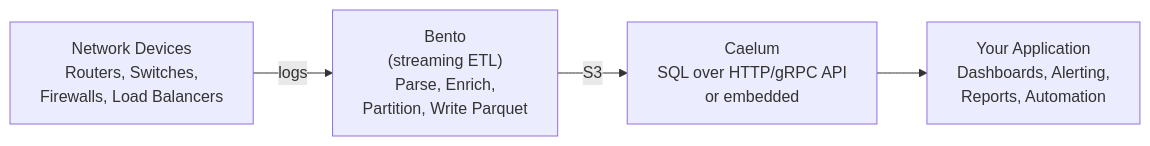
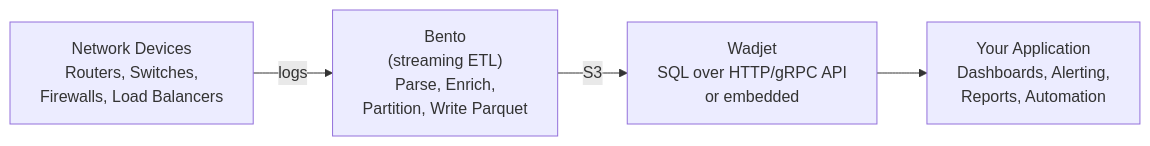
Before and after one commit to derekmwright/wadjet: the diagram in docs/README.md, drawn with Mermaid. The commit also changed other lines of this file and 155 other files, not shown here.

First line of the commit message:
chore: rename project from caelum to wadjet under citc-tech

````diff
--- a/docs/README.md
+++ b/docs/README.md
@@ -26,6 +26,6 @@
 ```mermaid
 graph LR
     A["Network Devices<br/>Routers, Switches,<br/>Firewalls, Load Balancers"] -- logs --> B["Bento<br/>(streaming ETL)<br/>Parse, Enrich,<br/>Partition, Write Parquet"]
-    B -- S3 --> C["Caelum<br/>SQL over HTTP/gRPC API<br/>or embedded"]
+    B -- S3 --> C["Wadjet<br/>SQL over HTTP/gRPC API<br/>or embedded"]
     C --> D["Your Application<br/>Dashboards, Alerting,<br/>Reports, Automation"]
 ```
````
